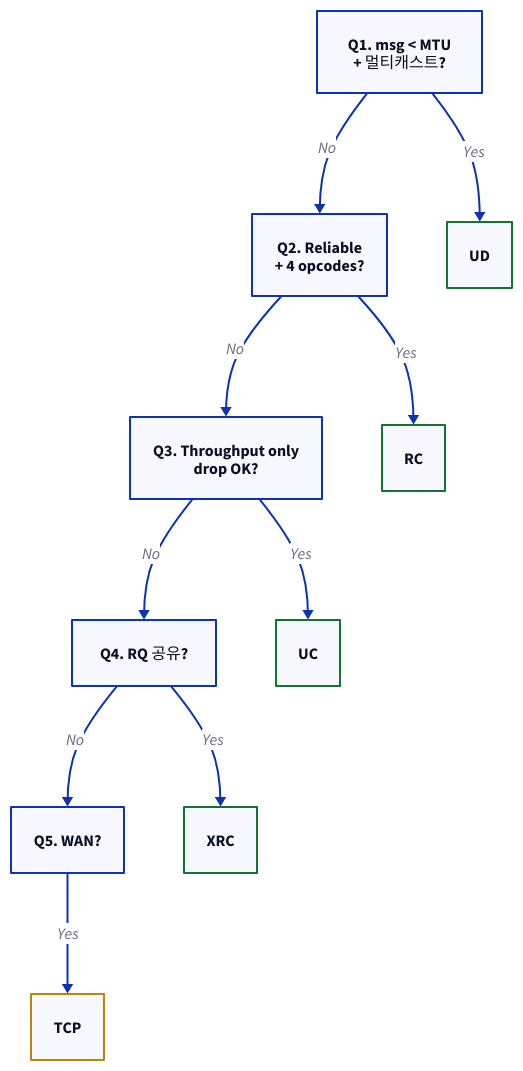
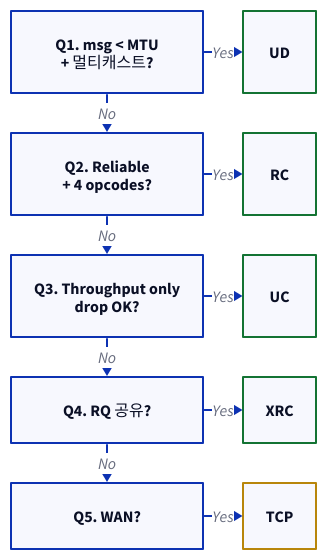
Before and after one commit to humbleowl39/DV_SKOOL: the second of 4 diagrams in topics/rdma/docs/04_service_types_qp.md, drawn with D2. The commit also changed 5 other files, not shown here.

First line of the commit message:
docs: sparse 다이어그램 컴팩트화 — 1T1C 등 저노드 tall 체인 가로 전환

````diff
--- a/topics/rdma/docs/04_service_types_qp.md
+++ b/topics/rdma/docs/04_service_types_qp.md
@@ -248,26 +248,25 @@
 ```d2
-direction: down
+grid-rows: 5
+grid-columns: 2
 
 Q1: "Q1. msg < MTU\n+ 멀티캐스트?"
+UD: UD { style.stroke: "#137333"; style.stroke-width: 2 }
 Q2: "Q2. Reliable\n+ 4 opcodes?"
+RC: RC { style.stroke: "#137333"; style.stroke-width: 2 }
 Q3: "Q3. Throughput only\ndrop OK?"
+UC: UC { style.stroke: "#137333"; style.stroke-width: 2 }
 Q4: "Q4. RQ 공유?"
+XRC: XRC { style.stroke: "#137333"; style.stroke-width: 2 }
 Q5: "Q5. WAN?"
+TCP: TCP { style.stroke: "#b8860b"; style.stroke-width: 2 }
 
 Q1 -> Q2: "No"
 Q2 -> Q3: "No"
 Q3 -> Q4: "No"
 Q4 -> Q5: "No"
-
-UD: UD { style.stroke: "#137333"; style.stroke-width: 2 }
-RC: RC { style.stroke: "#137333"; style.stroke-width: 2 }
-UC: UC { style.stroke: "#137333"; style.stroke-width: 2 }
-XRC: XRC { style.stroke: "#137333"; style.stroke-width: 2 }
-TCP: TCP { style.stroke: "#b8860b"; style.stroke-width: 2 }
-
 Q1 -> UD: "Yes"
 Q2 -> RC: "Yes"
 Q3 -> UC: "Yes"
 Q4 -> XRC: "Yes"
 Q5 -> TCP: "Yes"
 ```
````
